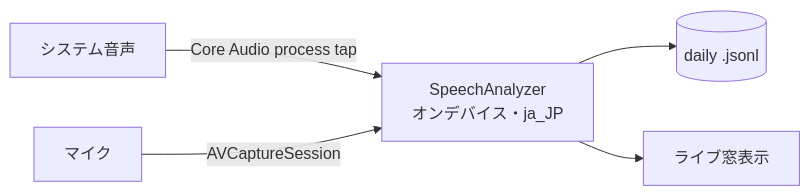
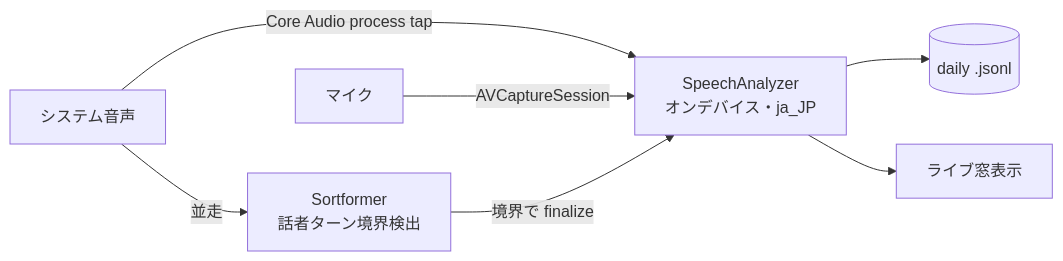
The diagram in README.md (m5d215/steno), drawn with Mermaid before and after one commit. The commit also changed other lines of this file and 6 other files, not shown here.

````diff
--- a/README.md
+++ b/README.md
@@ -11,7 +12,9 @@
 ```mermaid
 flowchart LR
     sys[システム音声] -->|Core Audio process tap| asr
+    sys -->|並走| diar["Sortformer<br/>話者ターン境界検出"]
     mic[マイク] -->|AVCaptureSession| asr
+    diar -->|境界で finalize| asr
     asr["SpeechAnalyzer<br/>オンデバイス・ja_JP"] --> file[(daily .jsonl)]
     asr --> win[ライブ窓表示]
 ```
````
